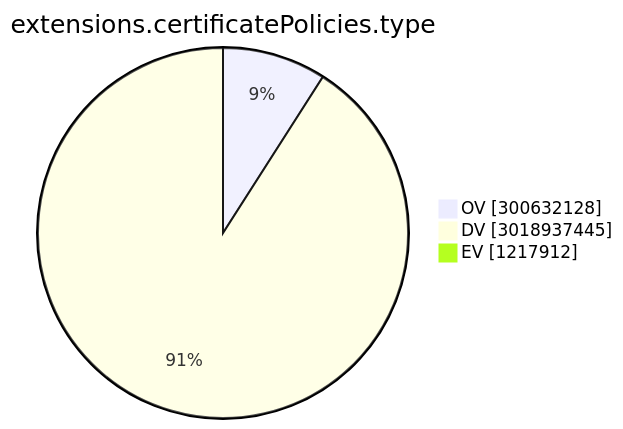
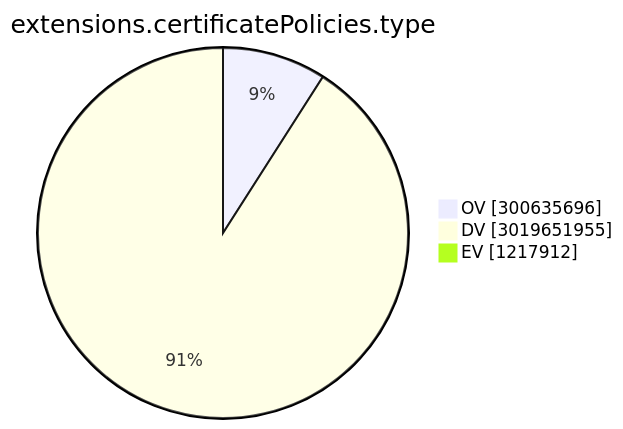
The ninth of 15 diagrams in TOTAL/README.md (christiankrug/ctmonitor_visualization), drawn with Mermaid before and after one commit. The commit also changed other lines of this file, not shown here.

````diff
--- a/TOTAL/README.md
+++ b/TOTAL/README.md
@@ -3102,7 +3102,7 @@
 ```mermaid
 pie showData
 title extensions.certificatePolicies.type
-"OV" :300632128
-"DV" :3018937445
+"OV" :300635696
+"DV" :3019651955
 "EV" :1217912
 ```
````
